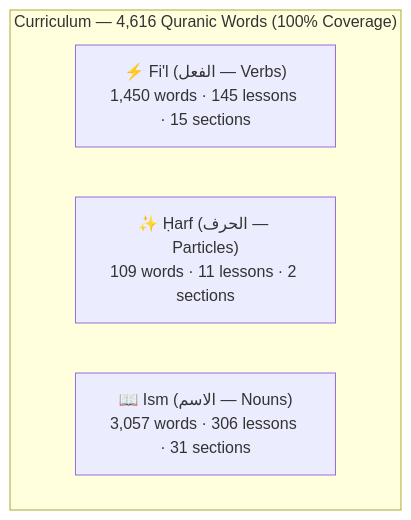
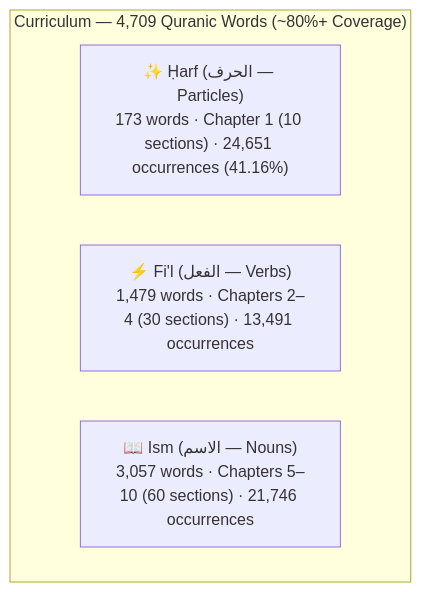
One commit to deanybytes/QuranicWords changed the diagram in docs/CURRICULUM_DESIGN.md. Above: the diagram before and after it, drawn with Mermaid. The commit also changed other lines of this file and 13 other files, not shown here.

````diff
--- a/docs/CURRICULUM_DESIGN.md
+++ b/docs/CURRICULUM_DESIGN.md
@@ -7,8 +7,8 @@
 ```mermaid
 flowchart TD
-    subgraph Curriculum["Curriculum — 4,616 Quranic Words (100% Coverage)"]
-        Fil["⚡ Fi'l (الفعل — Verbs)<br/>1,450 words · 145 lessons · 15 sections"]
-        Harf["✨ Ḥarf (الحرف — Particles)<br/>109 words · 11 lessons · 2 sections"]
-        Ism["📖 Ism (الاسم — Nouns)<br/>3,057 words · 306 lessons · 31 sections"]
+    subgraph Curriculum["Curriculum — 4,709 Quranic Words (~80%+ Coverage)"]
+        Harf["✨ Ḥarf (الحرف — Particles)<br/>173 words · Chapter 1 (10 sections) · 24,651 occurrences (41.16%)"]
+        Fil["⚡ Fi'l (الفعل — Verbs)<br/>1,479 words · Chapters 2–4 (30 sections) · 13,491 occurrences"]
+        Ism["📖 Ism (الاسم — Nouns)<br/>3,057 words · Chapters 5–10 (60 sections) · 21,746 occurrences"]
     end
 ```
````
